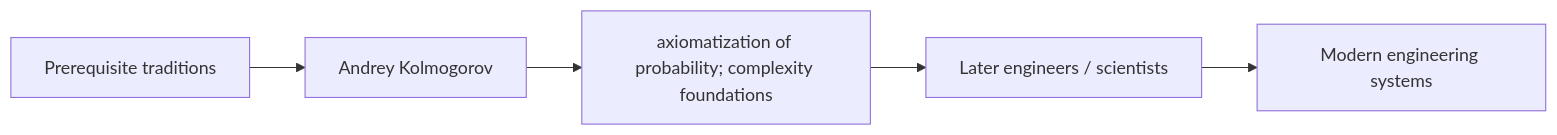
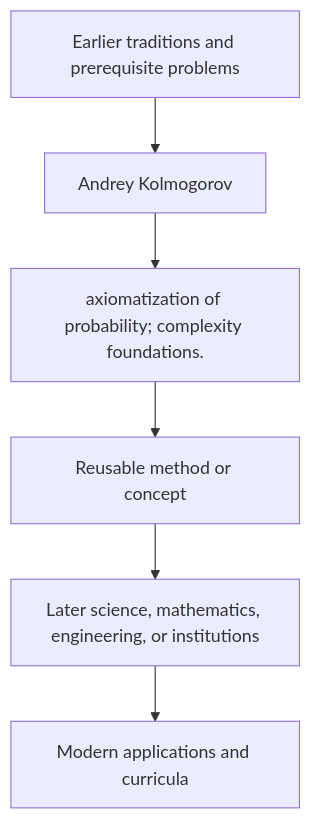
Before and after one commit to via-decide/ViaLogic: the diagram in docs/history/andrey-kolmogorov/influence.md, drawn with Mermaid. The commit also changed other lines of this file and 858 other files, not shown here.

````diff
--- a/docs/history/andrey-kolmogorov/influence.md
+++ b/docs/history/andrey-kolmogorov/influence.md
@@ -29,7 +16,8 @@
 ```mermaid
-graph LR
-  prerequisites["Prerequisite traditions"] --> current["Andrey Kolmogorov"]
-  current --> contribution["axiomatization of probability; complexity foundations"]
-  contribution --> successors["Later engineers / scientists"]
-  successors --> modern["Modern engineering systems"]
+graph TD
+  Prior[Earlier traditions and prerequisite problems] --> Person[Andrey Kolmogorov]
+  Person --> Contribution[axiomatization of probability; complexity foundations.]
+  Contribution --> Method[Reusable method or concept]
+  Method --> Later[Later science, mathematics, engineering, or institutions]
+  Later --> Modern[Modern applications and curricula]
 ```
````
